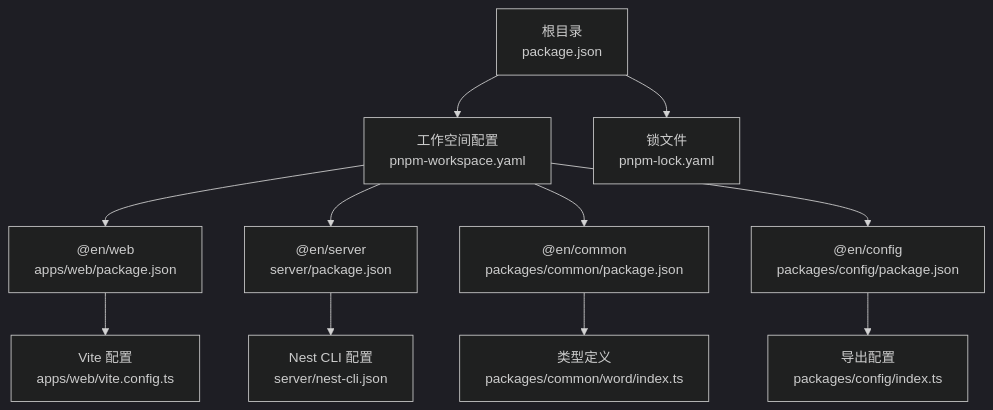
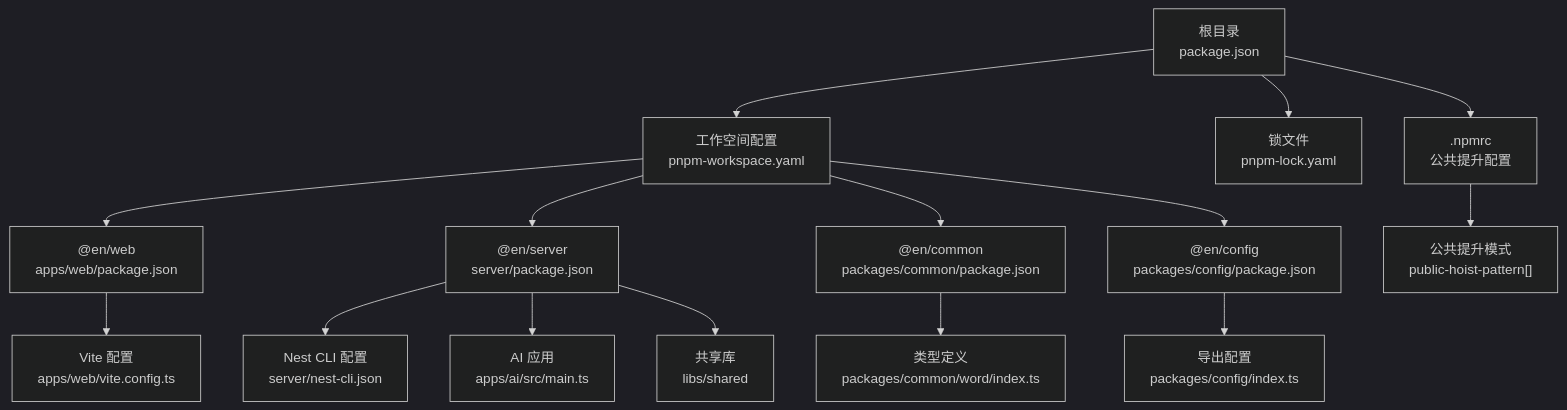
The first of 7 diagrams in .qoder/repowiki/zh/content/配置管理/包管理配置.md (LihaoZDB/English-Study), drawn with Mermaid (dark theme) before and after one commit. The commit also changed other lines of this file and 9 other files, not shown here.

````diff
--- a/.qoder/repowiki/zh/content/配置管理/包管理配置.md
+++ b/.qoder/repowiki/zh/content/配置管理/包管理配置.md
@@ -50,13 +55,17 @@
 ```mermaid
 graph TB
 Root["根目录<br/>package.json"] --> WS["工作空间配置<br/>pnpm-workspace.yaml"]
 Root --> Lock["锁文件<br/>pnpm-lock.yaml"]
+Root --> NPMRC[".npmrc<br/>公共提升配置"]
 WS --> Web["@en/web<br/>apps/web/package.json"]
 WS --> Server["@en/server<br/>server/package.json"]
 WS --> PkgCommon["@en/common<br/>packages/common/package.json"]
 WS --> PkgConfig["@en/config<br/>packages/config/package.json"]
+Server --> NestCli["Nest CLI 配置<br/>server/nest-cli.json"]
+Server --> AIApp["AI 应用<br/>apps/ai/src/main.ts"]
+Server --> SharedLib["共享库<br/>libs/shared"]
 Web --> ViteCfg["Vite 配置<br/>apps/web/vite.config.ts"]
-Server --> NestCli["Nest CLI 配置<br/>server/nest-cli.json"]
 PkgConfig --> CfgIndex["导出配置<br/>packages/config/index.ts"]
 PkgCommon --> WordTypes["类型定义<br/>packages/common/word/index.ts"]
+NPMRC --> HoistPattern["公共提升模式<br/>public-hoist-pattern[]"]
 ```
````
